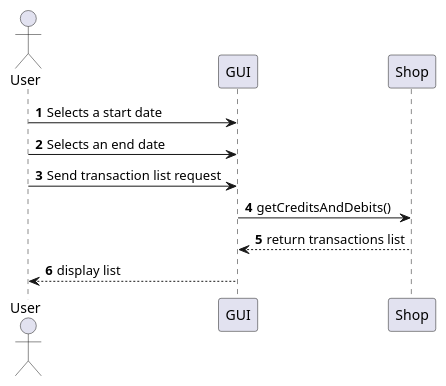
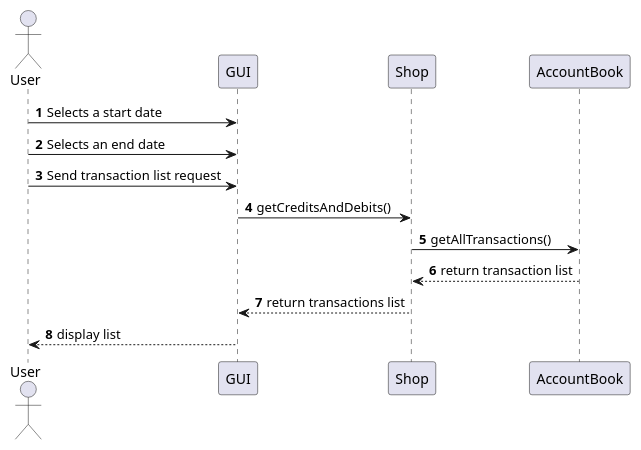
Before and after one commit to Stormz4/group20-EzShop: diagram 21 of 23 in Deliverables/DesignDocument.md, drawn with PlantUML. The commit also changed other lines of this file, not shown here.

````diff
--- a/Deliverables/DesignDocument.md
+++ b/Deliverables/DesignDocument.md
@@ -762,12 +679,14 @@
 ```plantuml
 @startuml
 Actor User
 autonumber
 User -> GUI: Selects a start date
 User -> GUI: Selects an end date
 User -> GUI: Send transaction list request
 GUI -> Shop: getCreditsAndDebits()
+Shop -> AccountBook: getAllTransactions()
+AccountBook --> Shop: return transaction list
 Shop --> GUI: return transactions list
 GUI --> User: display list
 @enduml
 ```
````
